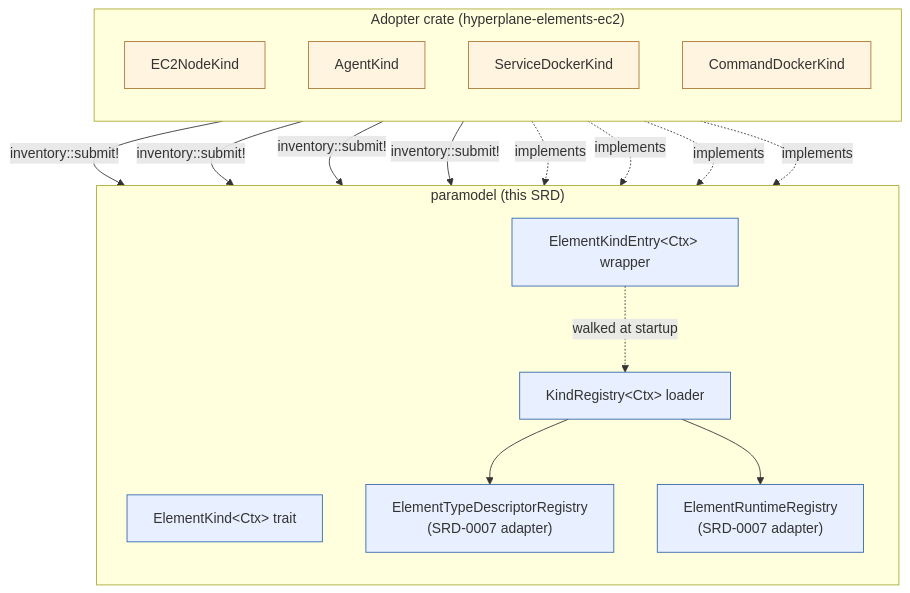
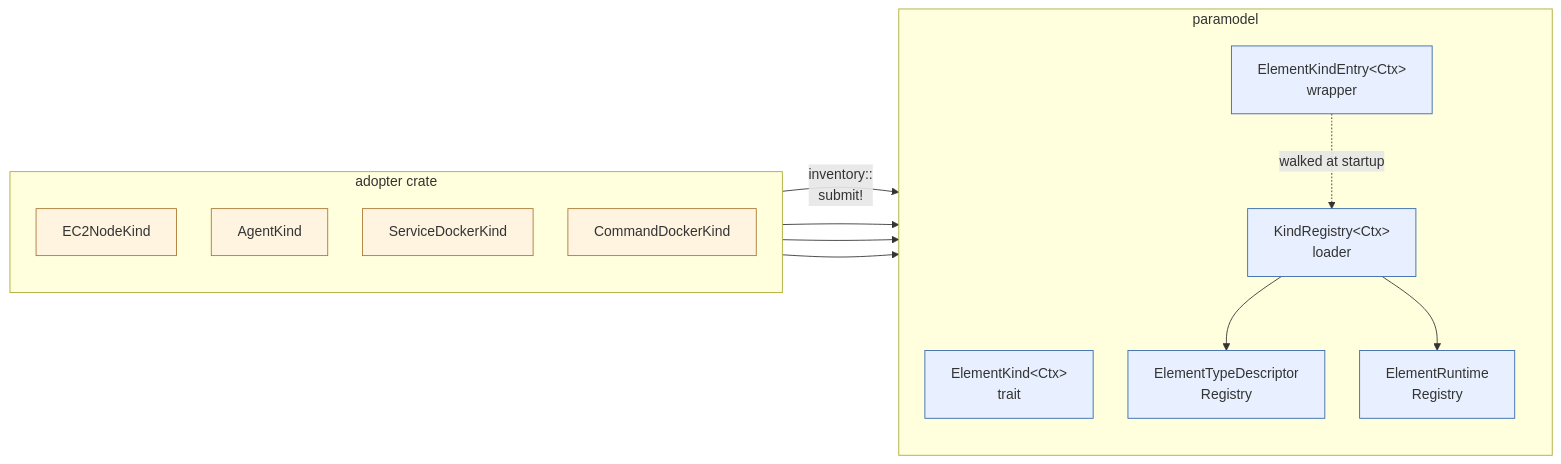
The diagram in docs/design/diagrams/SRD-0014/bundling-flow.mmd (nosqlbench/hyperplane-rs), drawn with Mermaid before and after one commit. The commit also changed 32 other files, not shown here.

```diff
--- a/docs/design/diagrams/SRD-0014/bundling-flow.mmd
+++ b/docs/design/diagrams/SRD-0014/bundling-flow.mmd
@@ -1,37 +1,33 @@
 %% Copyright (c) Jonathan Shook
 %% SPDX-License-Identifier: Apache-2.0
-flowchart TB
-    subgraph Paramodel ["paramodel (this SRD)"]
+%%{init: {'flowchart': {'nodeSpacing': 40, 'rankSpacing': 60}}}%%
+flowchart LR
+    subgraph Paramodel ["paramodel"]
         direction TB
-        Trait["ElementKind&lt;Ctx&gt; trait"]
-        Entry["ElementKindEntry&lt;Ctx&gt; wrapper"]
-        Loader["KindRegistry&lt;Ctx&gt; loader"]
-        Adapt1["ElementTypeDescriptorRegistry<br/>(SRD-0007 adapter)"]
-        Adapt2["ElementRuntimeRegistry<br/>(SRD-0007 adapter)"]
+        Trait["ElementKind&lt;Ctx&gt;<br/>trait"]
+        Entry["ElementKindEntry&lt;Ctx&gt;<br/>wrapper"]
+        Loader["KindRegistry&lt;Ctx&gt;<br/>loader"]
+        Adapt1["ElementTypeDescriptor<br/>Registry"]
+        Adapt2["ElementRuntime<br/>Registry"]
         Loader --> Adapt1
         Loader --> Adapt2
     end
 
-    subgraph Adopter ["Adopter crate (hyperplane-elements-ec2)"]
+    subgraph Adopter ["adopter crate"]
         direction TB
         K1["EC2NodeKind"]
         K2["AgentKind"]
         K3["ServiceDockerKind"]
         K4["CommandDockerKind"]
     end
 
-    K1 -- "inventory::submit!" --> Entry
-    K2 -- "inventory::submit!" --> Entry
-    K3 -- "inventory::submit!" --> Entry
-    K4 -- "inventory::submit!" --> Entry
+    K1 -- "inventory::<br/>submit!" --> Entry
+    K2 --> Entry
+    K3 --> Entry
+    K4 --> Entry
     Entry -. "walked at startup" .-> Loader
-
-    K1 -. "implements" .-> Trait
-    K2 -. "implements" .-> Trait
-    K3 -. "implements" .-> Trait
-    K4 -. "implements" .-> Trait
 
     classDef paramodel fill:#e8f0ff,stroke:#3366aa
     classDef adopter fill:#fff4e0,stroke:#aa7733
     class Trait,Entry,Loader,Adapt1,Adapt2 paramodel
     class K1,K2,K3,K4 adopter
```
